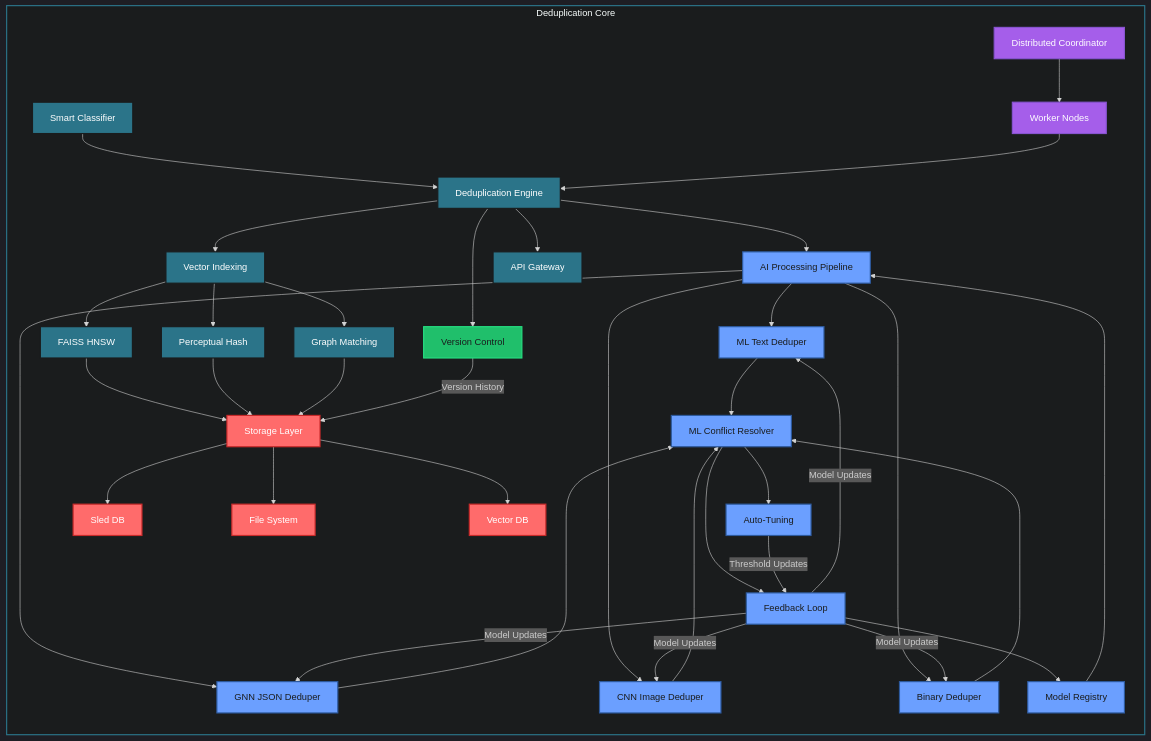
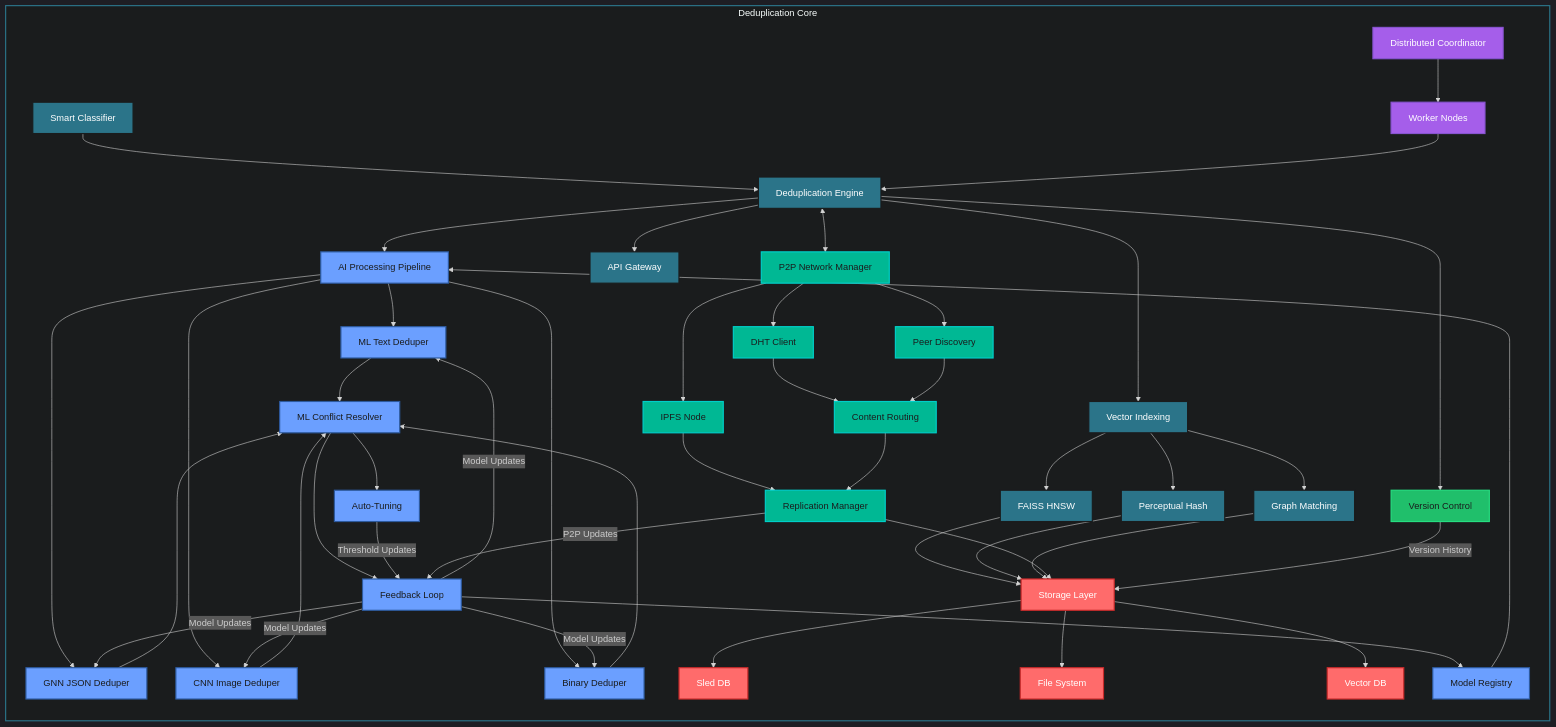
The third of 3 diagrams in ReadMe.md (jermsam/jdeduplix), drawn with Mermaid before and after one commit. The commit also changed other lines of this file, not shown here.

Commit message:
broken down diagram for clarity

```diff
--- a/ReadMe.md
+++ b/ReadMe.md
@@ -119,6 +141,7 @@
     classDef storage fill:#ff6b6b,stroke:#c92a2a,stroke-width:2px,color:white
     classDef dist fill:#a55eea,stroke:#8854d0,stroke-width:2px,color:white
     classDef version fill:#20bf6b,stroke:#26de81,stroke-width:2px,color:#1a1c1d
+    classDef p2p fill:#00b894,stroke:#00cec9,stroke-width:2px,color:#1a1c1d
 
     subgraph Core[Deduplication Core]
         direction TB
@@ -148,6 +171,14 @@
         O[Worker Nodes]:::dist
         P[API Gateway]:::engine
         
+        %% P2P Components
+        Q[P2P Network Manager]:::p2p
+        R[DHT Client]:::p2p
+        S[IPFS Node]:::p2p
+        T[Peer Discovery]:::p2p
+        U[Content Routing]:::p2p
+        V[Replication Manager]:::p2p
+        
         A --> B
         B --> C
         C --> D1 & D2 & D3 & D4
@@ -167,10 +198,20 @@
         O --> B
         B --> P
         
+        %% P2P Connections
+        B <--> Q
+        Q --> R & S & T
+        R --> U
+        S --> V
+        T --> U
+        U --> V
+        V --> I
+        
         %% Feedback Loops
         L --> |Model Updates| D1 & D2 & D3 & D4
         F --> |Threshold Updates| L
         M --> |Version History| I
+        V --> |P2P Updates| L
     end
 
     style Core fill:#1a1c1d,stroke:#2b7489,stroke-width:2px
```
